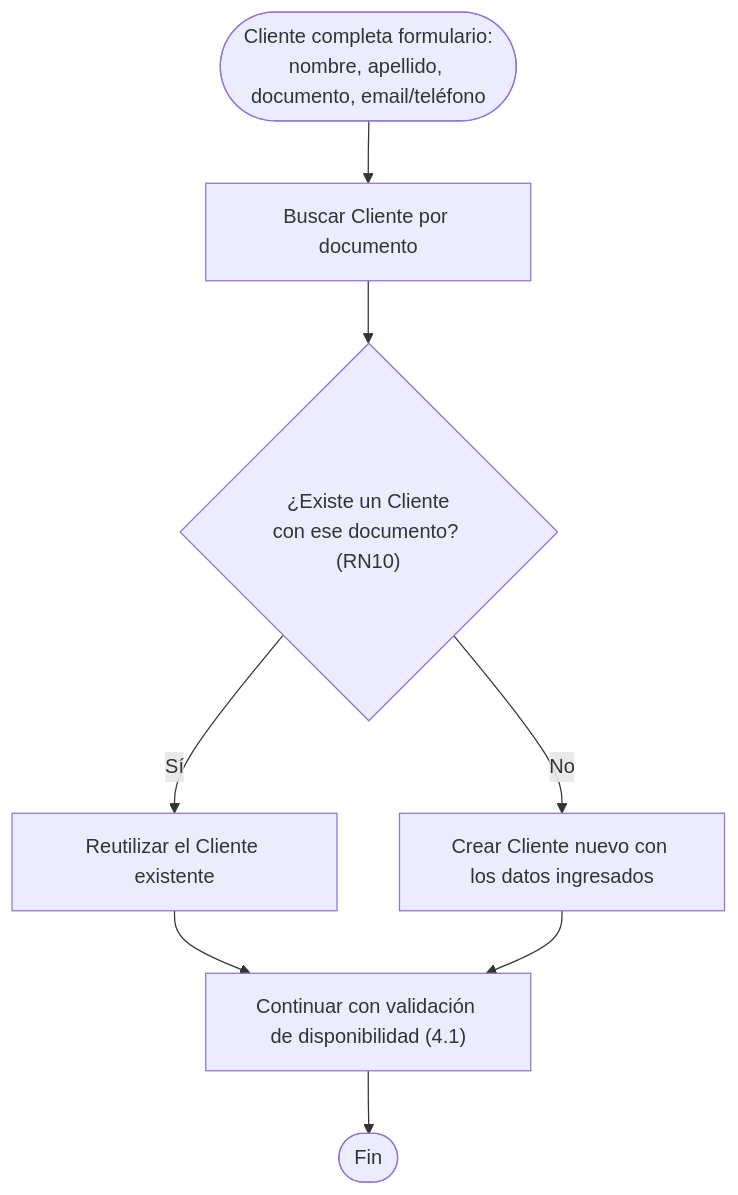
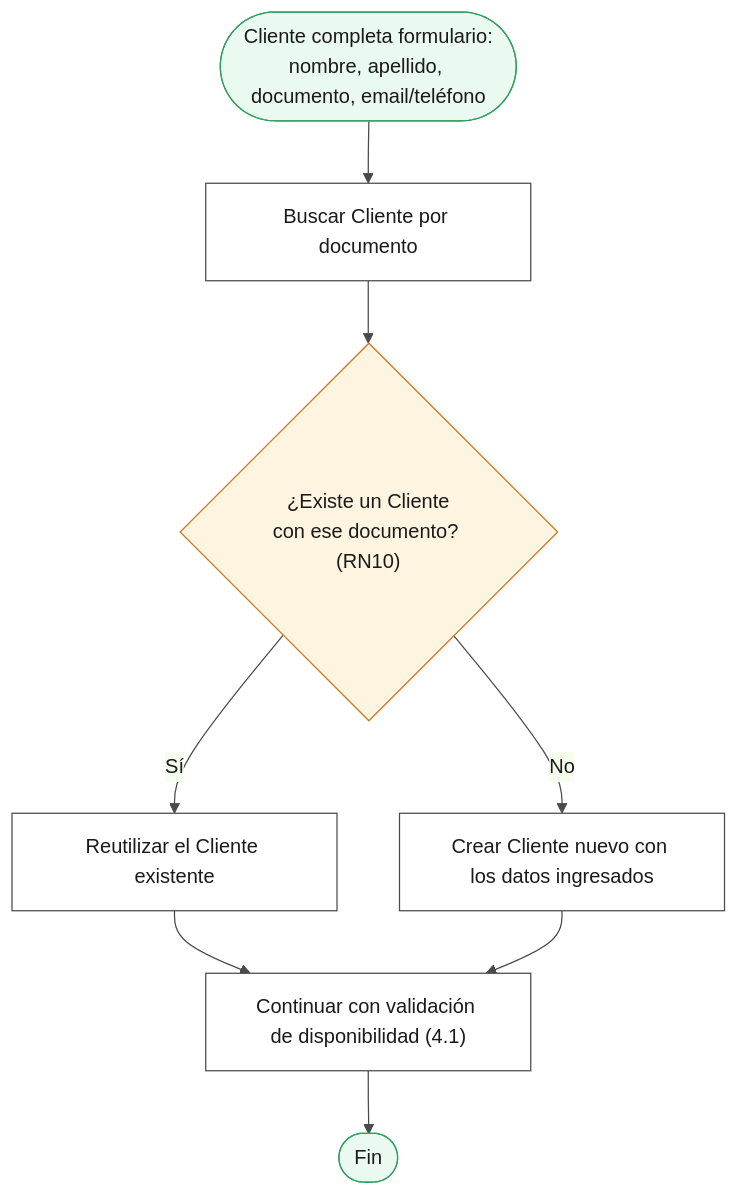
Before and after one commit to chaarlyez/Sistema_de_alquiler_de_veh-culos: the sixth of 6 diagrams in docs/03-uml/02-reservas-chaarlyez.md, drawn with Mermaid. The commit also changed other lines of this file and 6 other files, not shown here.

First line of the commit message:
docs: colorear todos los diagramas Mermaid y cerrar observacion de notacion

````diff
--- a/docs/03-uml/02-reservas-chaarlyez.md
+++ b/docs/03-uml/02-reservas-chaarlyez.md
@@ -201,10 +287,25 @@
 ```mermaid
+%%{init: {'theme': 'base', 'themeVariables': {
+  'background': '#ffffff',
+  'primaryColor': '#eef6ff',
+  'primaryBorderColor': '#2a6fb0',
+  'primaryTextColor': '#1a1a1a',
+  'lineColor': '#4a4a4a',
+  'textColor': '#1a1a1a'
+}}}%%
 flowchart TD
     Start(["Cliente completa formulario:<br/>nombre, apellido, documento, email/teléfono"]) --> Buscar["Buscar Cliente por documento"]
     Buscar --> Existe{"¿Existe un Cliente<br/>con ese documento? (RN10)"}
     Existe -- Sí --> Reusar["Reutilizar el Cliente existente"]
     Existe -- No --> Crear["Crear Cliente nuevo con los datos ingresados"]
     Reusar --> Continuar["Continuar con validación de disponibilidad (4.1)"]
     Crear --> Continuar
     Continuar --> Fin(["Fin"])
+
+    classDef startEnd fill:#eafaf0,stroke:#2f9e5c,color:#1a1a1a
+    classDef decision fill:#fff4e0,stroke:#c97a1e,color:#1a1a1a
+    classDef action fill:#ffffff,stroke:#4a4a4a,color:#1a1a1a
+    class Start,Fin startEnd
+    class Existe decision
+    class Buscar,Reusar,Crear,Continuar action
 ```
````
